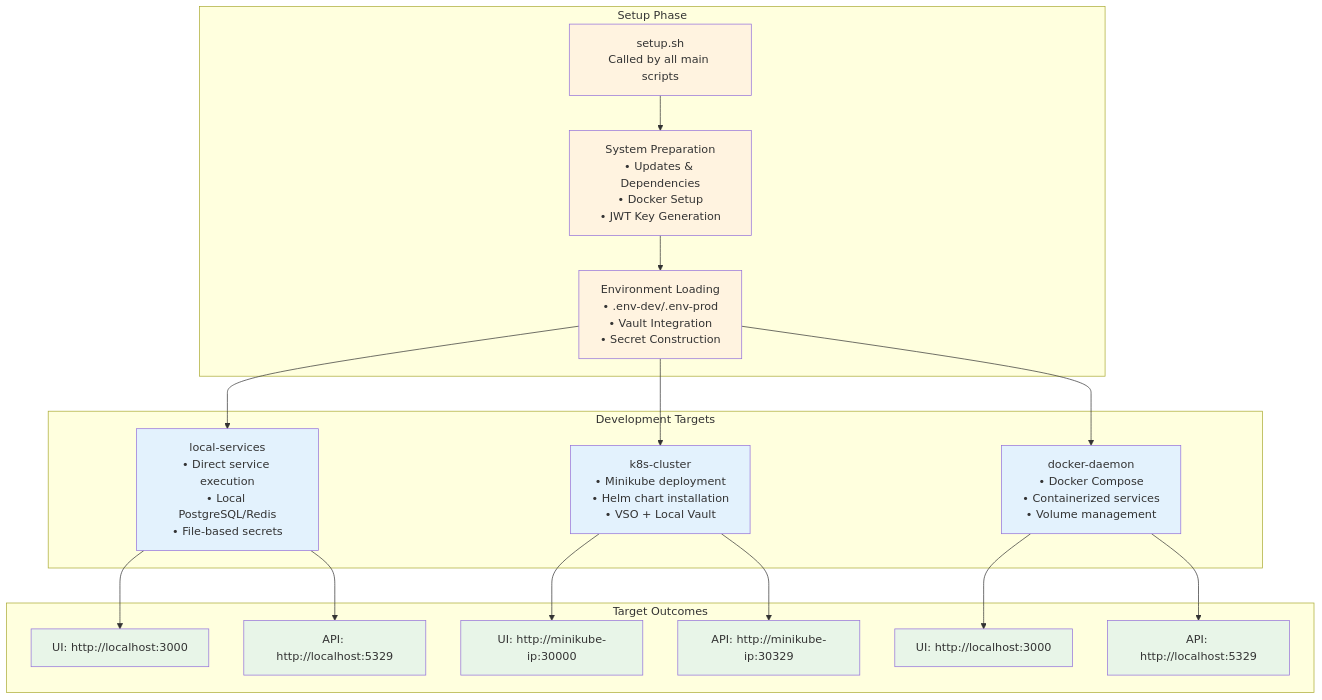
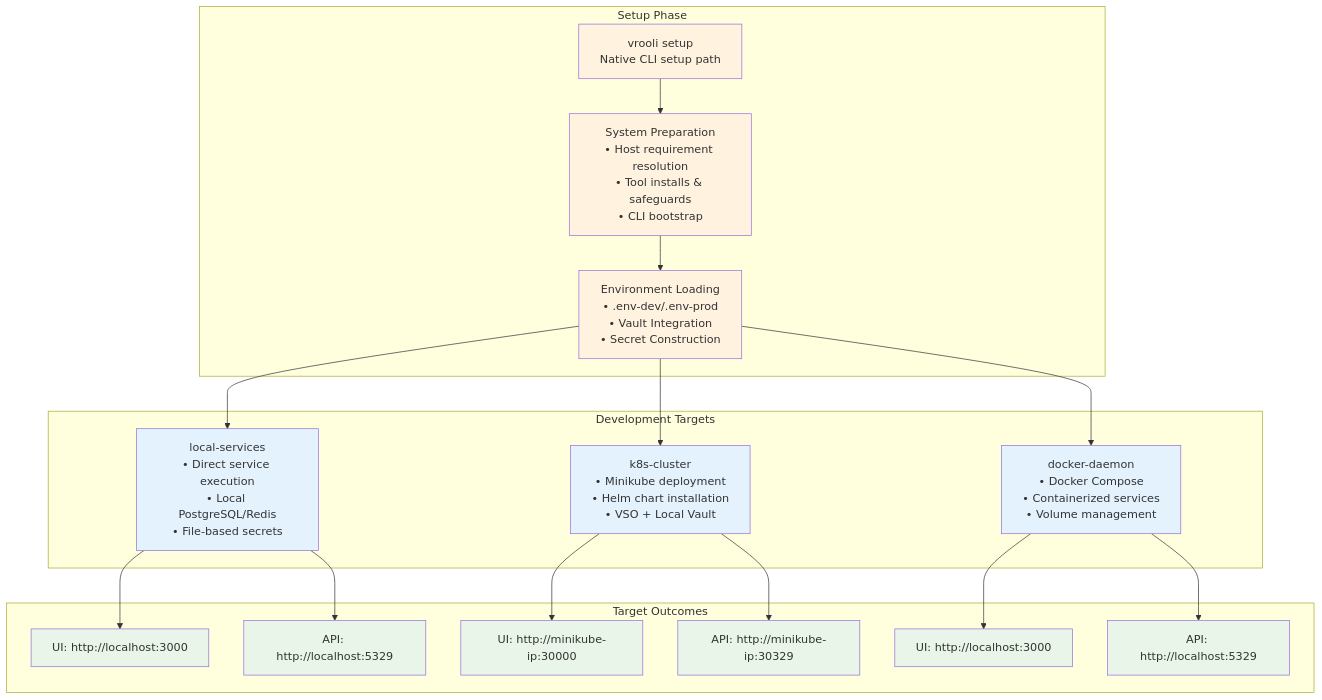
Before and after one commit to Vrooli/Vrooli: the second of 5 diagrams in docs/devops/README.md, drawn with Mermaid. The commit also changed other lines of this file and 33 other files, not shown here.

````diff
--- a/docs/devops/README.md
+++ b/docs/devops/README.md
@@ -235,45 +235,45 @@
 ```mermaid
 graph TD
     subgraph "Setup Phase"
-        SetupSh["setup.sh<br/>Called by all main scripts"]
-        SystemPrep["System Preparation<br/>• Updates & Dependencies<br/>• Docker Setup<br/>• JWT Key Generation"]
+        NativeSetup["vrooli setup<br/>Native CLI setup path"]
+        SystemPrep["System Preparation<br/>• Host requirement resolution<br/>• Tool installs & safeguards<br/>• CLI bootstrap"]
         EnvLoading["Environment Loading<br/>• .env-dev/.env-prod<br/>• Vault Integration<br/>• Secret Construction"]
     end
 
     subgraph "Development Targets"
         LocalServices["local-services<br/>• Direct service execution<br/>• Local PostgreSQL/Redis<br/>• File-based secrets"]
         K8sCluster["k8s-cluster<br/>• Minikube deployment<br/>• Helm chart installation<br/>• VSO + Local Vault"]
         DockerDaemon["docker-daemon<br/>• Docker Compose<br/>• Containerized services<br/>• Volume management"]
     end
 
     subgraph "Target Outcomes"
         LocalUI["UI: http://localhost:3000"]
         LocalAPI["API: http://localhost:5329"]
         K8sUI["UI: http://minikube-ip:30000"]
         K8sAPI["API: http://minikube-ip:30329"]
         DockerUI["UI: http://localhost:3000"]
         DockerAPI["API: http://localhost:5329"]
     end
 
-    SetupSh --> SystemPrep
+    NativeSetup --> SystemPrep
     SystemPrep --> EnvLoading
     
     EnvLoading --> LocalServices
     EnvLoading --> K8sCluster  
     EnvLoading --> DockerDaemon
     
     LocalServices --> LocalUI
     LocalServices --> LocalAPI
     K8sCluster --> K8sUI
     K8sCluster --> K8sAPI
     DockerDaemon --> DockerUI
     DockerDaemon --> DockerAPI
 
     classDef setup fill:#fff3e0
     classDef target fill:#e3f2fd
     classDef outcome fill:#e8f5e8
 
-    class SetupSh,SystemPrep,EnvLoading setup
+    class NativeSetup,SystemPrep,EnvLoading setup
     class LocalServices,K8sCluster,DockerDaemon target
     class LocalUI,LocalAPI,K8sUI,K8sAPI,DockerUI,DockerAPI outcome
 ```
````
